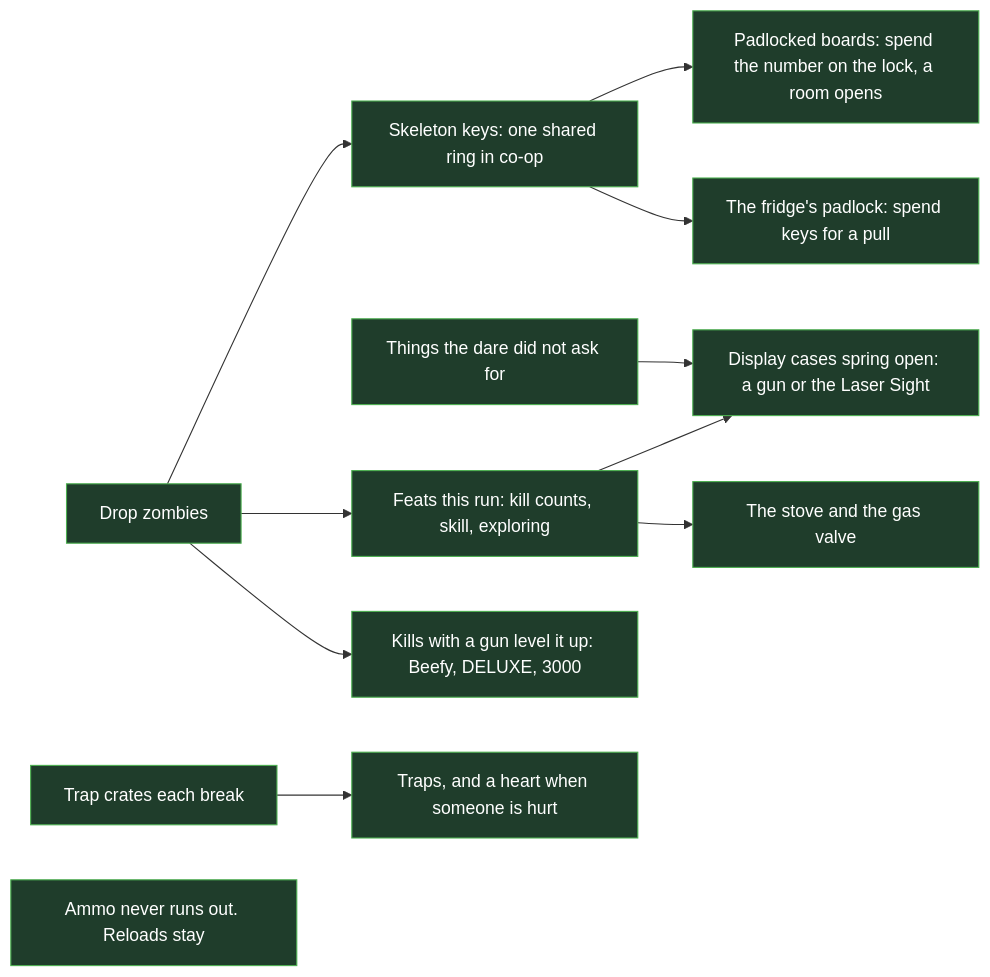
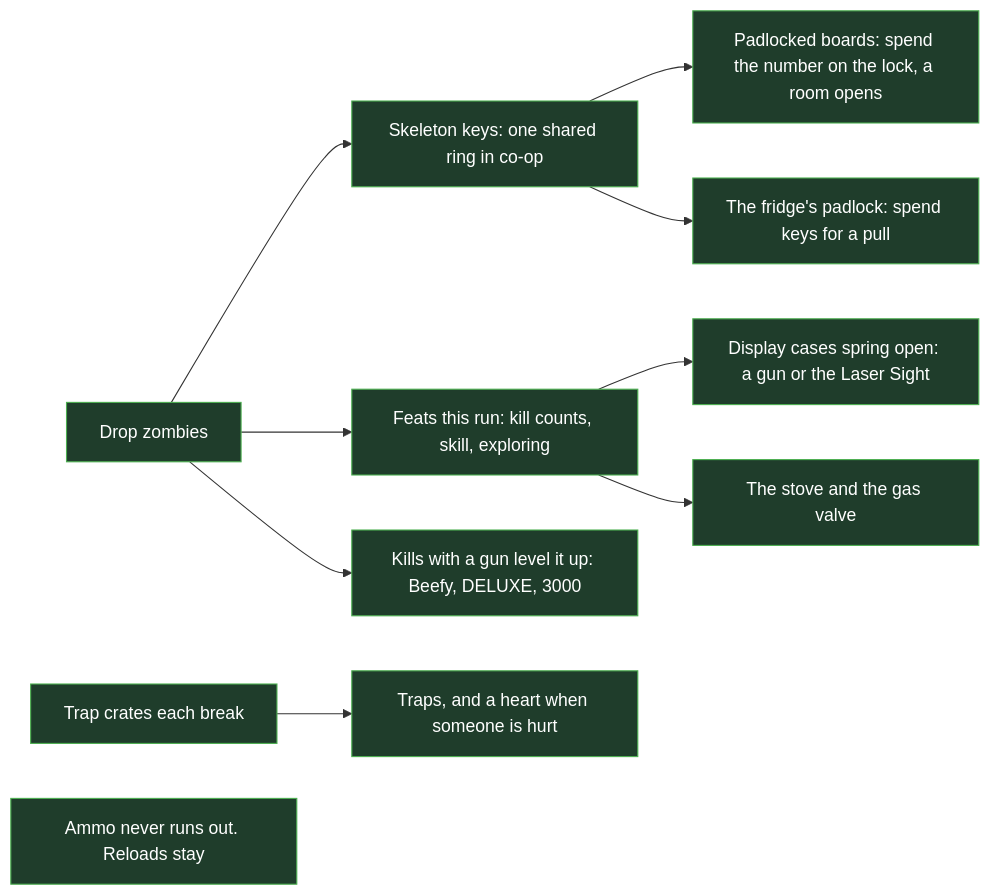
One commit to Tanner-Scadden/munch-manor changed the fifth of 7 diagrams in FLOW.md. Above: the diagram before and after it, drawn with Mermaid. The commit also changed other lines of this file and 42 other files, not shown here.

````diff
--- a/FLOW.md
+++ b/FLOW.md
@@ -173,15 +169,14 @@
 ```mermaid
 flowchart LR
   kill[Drop zombies]:::built --> keys[Skeleton keys: one shared ring in co-op]:::built
   keys --> boards[Padlocked boards: spend the number on the lock, a room opens]:::built
   keys --> fridge[The fridge's padlock: spend keys for a pull]:::built
   kill --> feats[Feats this run: kill counts, skill, exploring]:::built
   feats --> cases[Display cases spring open: a gun or the Laser Sight]:::built
   feats --> stove[The stove and the gas valve]:::built
-  find[Things the dare did not ask for]:::built --> cases
   kill --> use[Kills with a gun level it up: Beefy, DELUXE, 3000]:::built
   crates[Trap crates each break]:::built --> found[Traps, and a heart when someone is hurt]:::built
   ammo2[Ammo never runs out. Reloads stay]:::built
 
   classDef built fill:#1f3d2b,stroke:#4caf50,color:#fff
 ```
````
